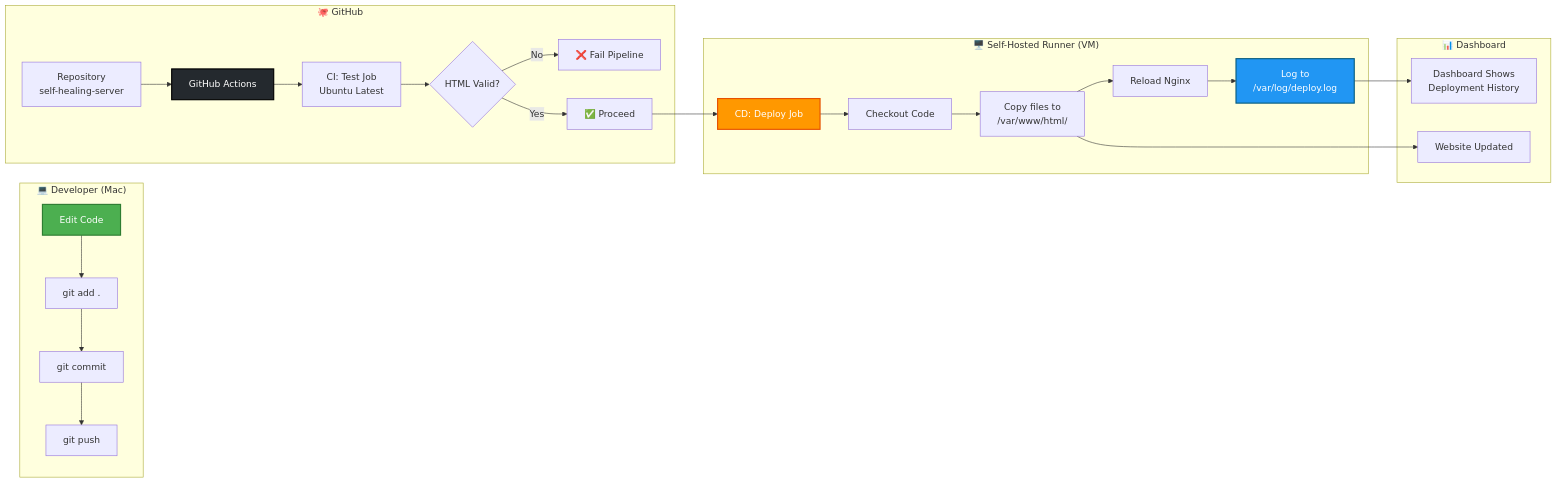
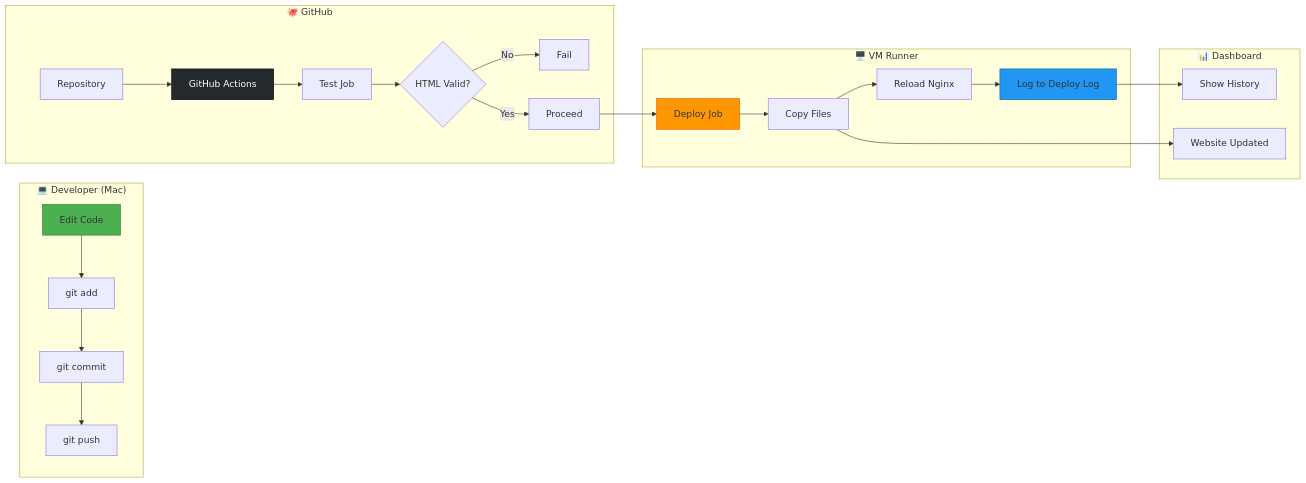
The second of 4 diagrams in README.md (JhanaviR082/self-healing-server), drawn with Mermaid before and after one commit. The commit also changed other lines of this file, not shown here.

Commit message:
Fix README formatting - mermaid diagrams

````diff
--- a/README.md
+++ b/README.md
@@ -130,34 +130,33 @@
 ```mermaid
 flowchart LR
     subgraph DEV["💻 Developer (Mac)"]
-        A[Edit Code] --> B[git add .]
+        A[Edit Code] --> B[git add]
         B --> C[git commit]
         C --> D[git push]
     end
 
     subgraph GITHUB["🐙 GitHub"]
-        E[Repository<br/>self-healing-server] --> F[GitHub Actions]
-        F --> G[CI: Test Job<br/>Ubuntu Latest]
+        E[Repository] --> F[GitHub Actions]
+        F --> G[Test Job]
         G --> H{HTML Valid?}
-        H -->|No| I[❌ Fail Pipeline]
-        H -->|Yes| J[✅ Proceed]
+        H -->|No| I[Fail]
+        H -->|Yes| J[Proceed]
     end
 
-    subgraph VM["🖥️ Self-Hosted Runner (VM)"]
-        J --> K[CD: Deploy Job]
-        K --> L[Checkout Code]
-        L --> M[Copy files to<br/>/var/www/html/]
-        M --> N[Reload Nginx]
-        N --> O[Log to<br/>/var/log/deploy.log]
+    subgraph VM["🖥️ VM Runner"]
+        J --> K[Deploy Job]
+        K --> L[Copy Files]
+        L --> M[Reload Nginx]
+        M --> N[Log to Deploy Log]
     end
 
     subgraph DASH["📊 Dashboard"]
-        O --> P[Dashboard Shows<br/>Deployment History]
-        M --> Q[Website Updated]
+        N --> P[Show History]
+        L --> Q[Website Updated]
     end
 
-    style A fill:#4CAF50,stroke:#2E7D32,stroke-width:2px,color:#fff
-    style F fill:#24292e,stroke:#000,stroke-width:2px,color:#fff
-    style K fill:#FF9800,stroke:#e65100,stroke-width:2px,color:#fff
-    style O fill:#2196F3,stroke:#0b5e7e,stroke-width:2px,color:#fff
+    style A fill:#4CAF50,stroke:#2E7D32
+    style F fill:#24292e,stroke:#000,color:#fff
+    style K fill:#FF9800,stroke:#e65100
+    style N fill:#2196F3,stroke:#0b5e7e
 ```
````
